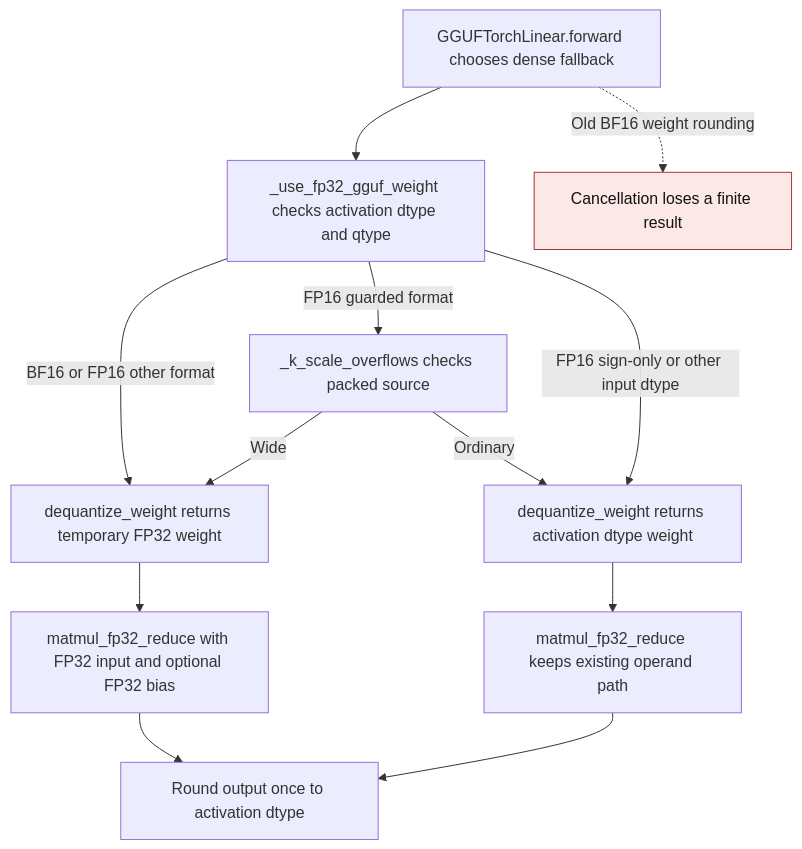
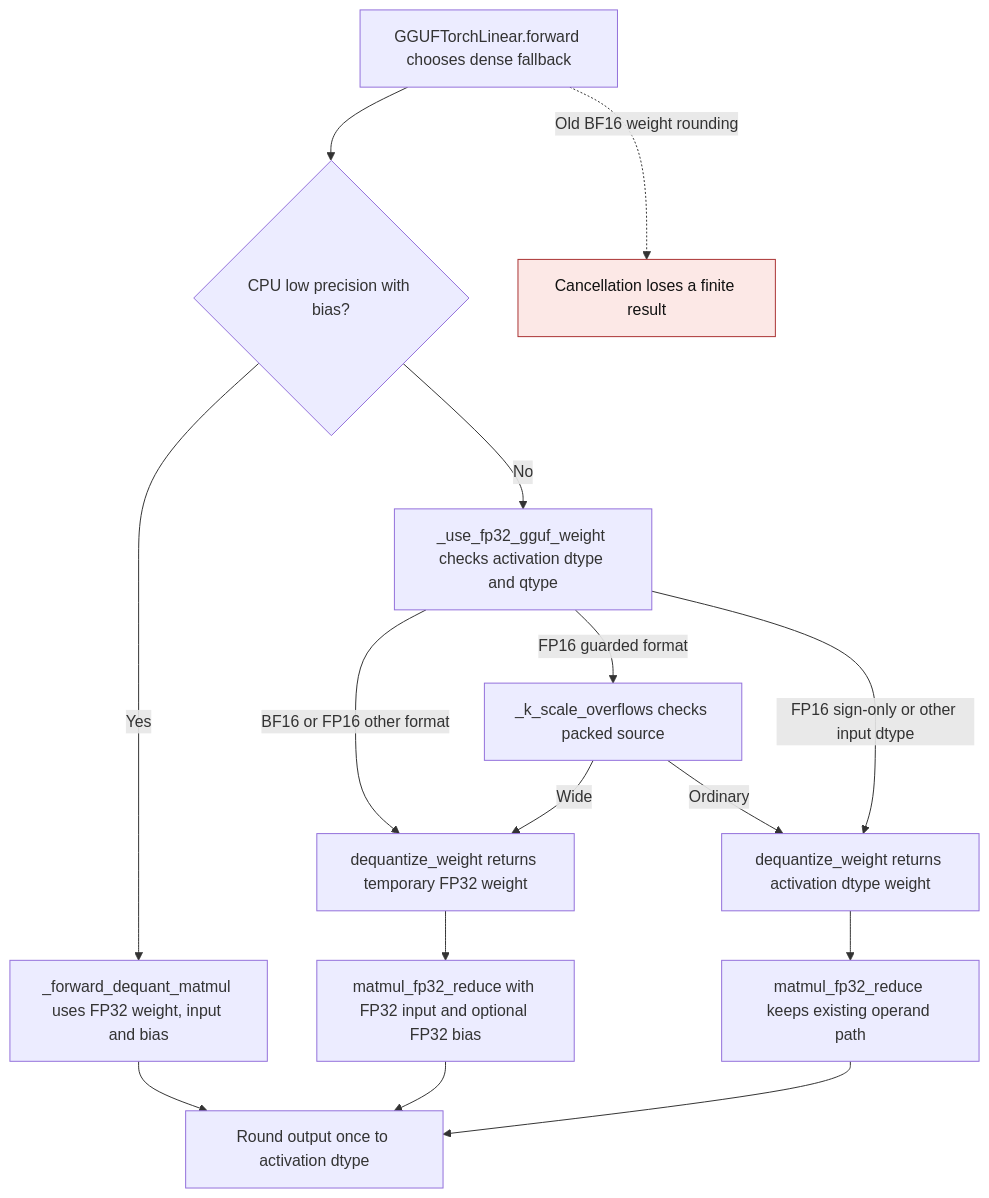
Before and after one commit to ModelCloud/GPTQModel: the first of 2 diagrams in docs/gguf-dense-fallback-precision.md, drawn with Mermaid. The commit also changed other lines of this file and 5 other files, not shown here.

Commit message:
fix(gguf): retain FP32 bias across BF16 reload and Torch forward

````diff
--- a/docs/gguf-dense-fallback-precision.md
+++ b/docs/gguf-dense-fallback-precision.md
@@ -13,16 +14,19 @@
 ```mermaid
 flowchart TD
-    A["GGUFTorchLinear.forward chooses dense fallback"] --> B["_use_fp32_gguf_weight checks activation dtype and qtype"]
+    A["GGUFTorchLinear.forward chooses dense fallback"] --> Z{"CPU low precision with bias?"}
+    Z -- "Yes" --> Y["_forward_dequant_matmul uses FP32 weight, input and bias"]
+    Y --> G["Round output once to activation dtype"]
+    Z -- "No" --> B["_use_fp32_gguf_weight checks activation dtype and qtype"]
     B -- "BF16 or FP16 other format" --> C["dequantize_weight returns temporary FP32 weight"]
     B -- "FP16 guarded format" --> D["_k_scale_overflows checks packed source"]
     D -- "Wide" --> C
     D -- "Ordinary" --> E["dequantize_weight returns activation dtype weight"]
     B -- "FP16 sign-only or other input dtype" --> E
     C --> F["matmul_fp32_reduce with FP32 input and optional FP32 bias"]
     F --> G["Round output once to activation dtype"]
     E --> H["matmul_fp32_reduce keeps existing operand path"]
     H --> G
     A -. "Old BF16 weight rounding" .-> X["Cancellation loses a finite result"]
     classDef failure fill:#fce8e6,stroke:#a33,color:#111
     class X failure
 ```
````
